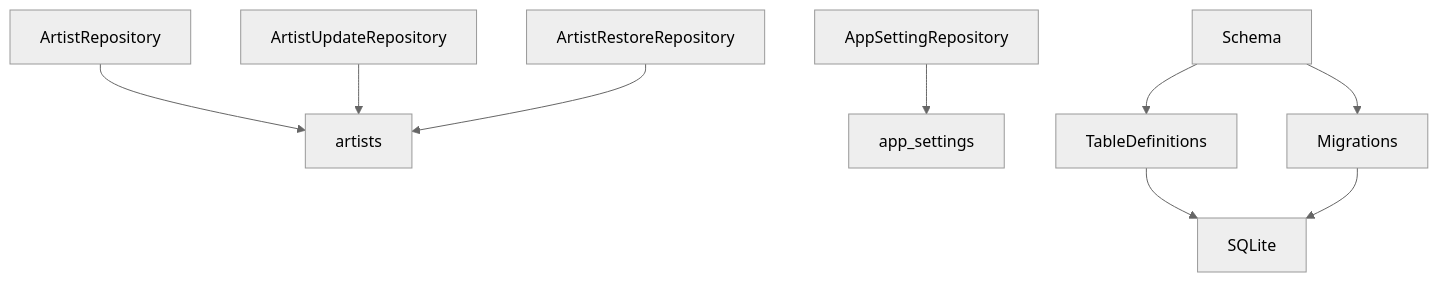
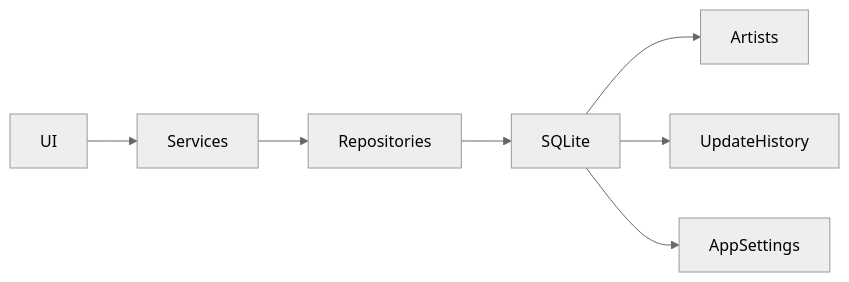
Diagram 14 of 14 in docs/07_ARCHITECTURE.md (PKT0623/PixivLocalManager), drawn with Mermaid (neutral theme) before and after one commit. The commit also changed other lines of this file and 10 other files, not shown here.

````diff
--- a/docs/07_ARCHITECTURE.md
+++ b/docs/07_ARCHITECTURE.md
@@ -583,19 +725,21 @@
-```mermaid id="g36x57"
-flowchart TD
+```mermaid
+flowchart LR
 
-ArtistRepository
-ArtistUpdateRepository
-ArtistRestoreRepository
+UI
+--> Services
 
-ArtistRepository --> artists
-ArtistUpdateRepository --> artists
-ArtistRestoreRepository --> artists
+Services
+--> Repositories
 
-AppSettingRepository --> app_settings
+Repositories
+--> SQLite
 
-Schema --> TableDefinitions
-Schema --> Migrations
+SQLite
+--> Artists
 
-TableDefinitions --> SQLite
-Migrations --> SQLite
+SQLite
+--> UpdateHistory
+
+SQLite
+--> AppSettings
 ```
````
